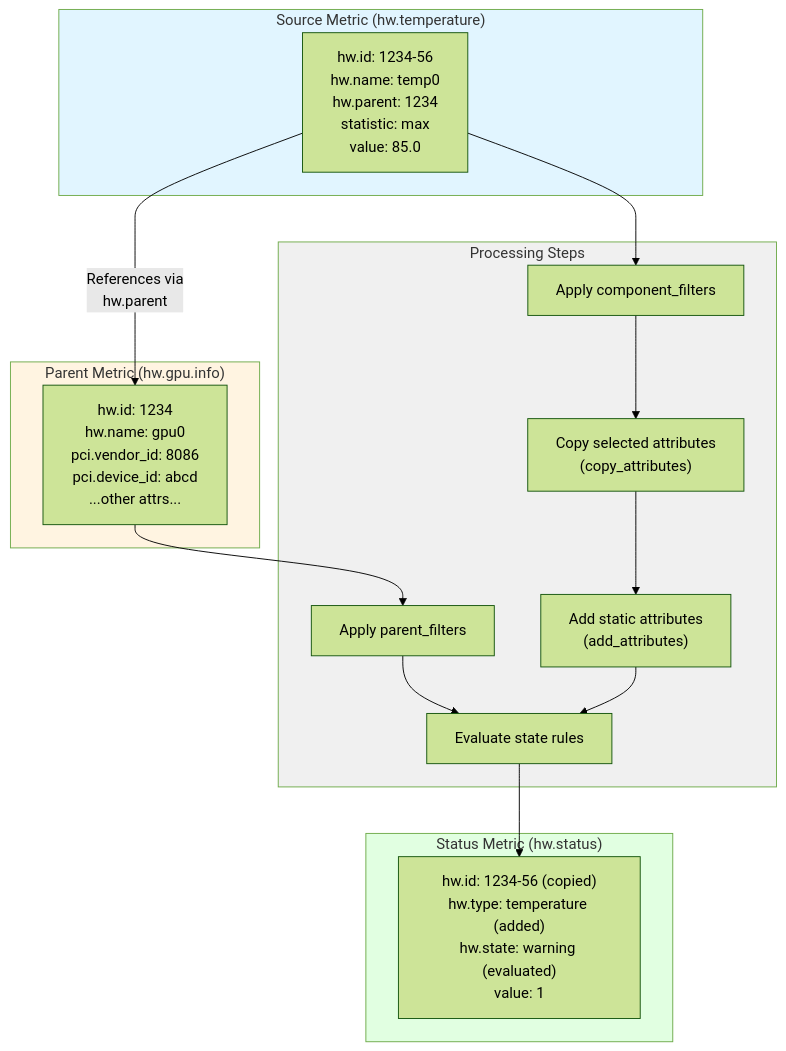
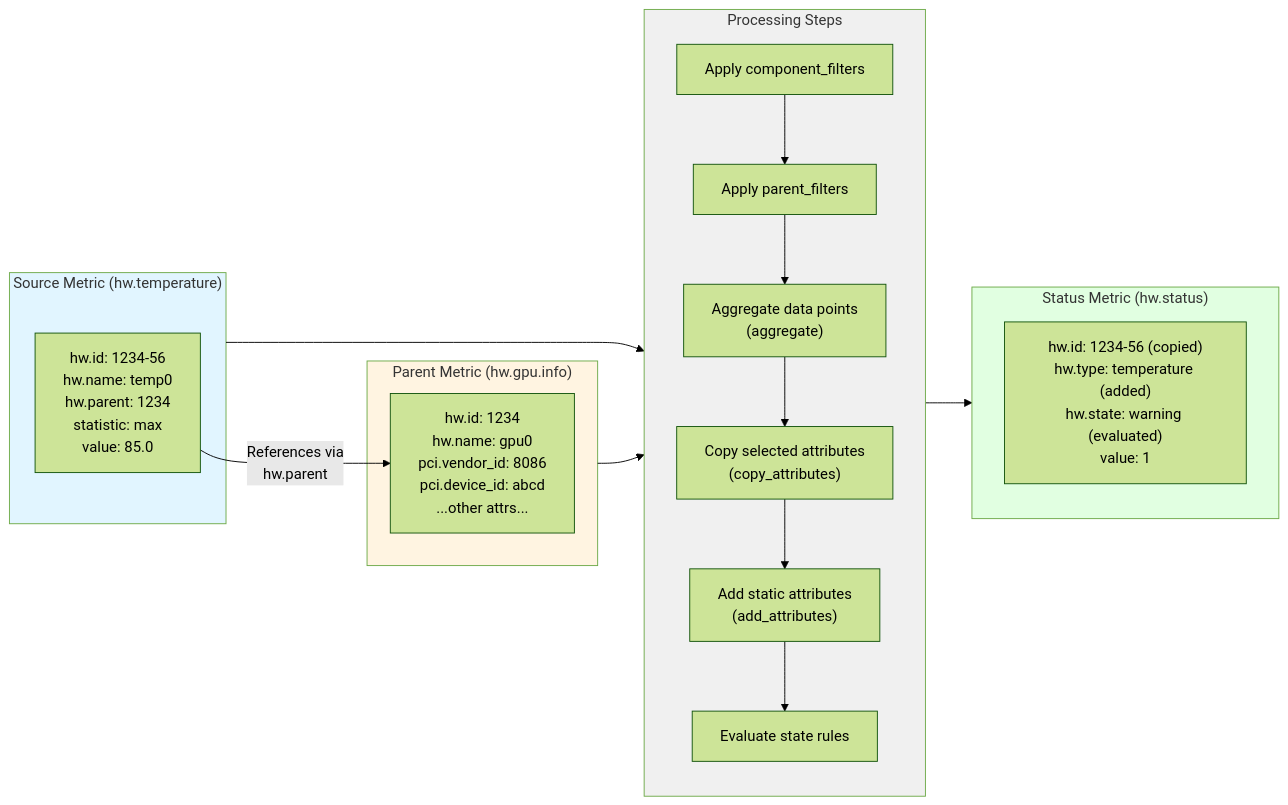
Before and after one commit to intel/xpumanager: the diagram in xpumd/processor/intelxpustatus/README.md, drawn with Mermaid (forest theme). The commit also changed other lines of this file and 4 other files, not shown here.

First line of the commit message:
xpumd/processor/intelxpustatus: support aggregating data points

````diff
--- a/xpumd/processor/intelxpustatus/README.md
+++ b/xpumd/processor/intelxpustatus/README.md
@@ -178,36 +232,35 @@
 ```mermaid
-graph TB
+graph LR
     subgraph SourceMetric["Source Metric (hw.temperature)"]
         S1["hw.id: 1234-56<br/>hw.name: temp0<br/>hw.parent: 1234<br/>statistic: max<br/>value: 85.0"]
     end
 
     subgraph ParentMetric["Parent Metric (hw.gpu.info)"]
         P1["hw.id: 1234<br/>hw.name: gpu0<br/>pci.vendor_id: 8086<br/>pci.device_id: abcd<br/>...other attrs..."]
     end
 
     subgraph Processing["Processing Steps"]
+        direction TB
         F1["Apply component_filters"]
         F2["Apply parent_filters"]
+        FA["Aggregate data points<br/>(aggregate)"]
         F3["Copy selected attributes<br/>(copy_attributes)"]
         F4["Add static attributes<br/>(add_attributes)"]
         F5["Evaluate state rules"]
+        F1 --> F2 --> FA --> F3 --> F4 --> F5
     end
 
     subgraph StatusMetric["Status Metric (hw.status)"]
         O1["hw.id: 1234-56 (copied)<br/>hw.type: temperature (added)<br/>hw.state: warning (evaluated)<br/>value: 1"]
     end
 
     S1 -->|"References via<br/>hw.parent"| P1
-    S1 --> F1
-    P1 --> F2
-    F1 --> F3
-    F2 --> F5
-    F3 --> F4
-    F4 --> F5
-    F5 --> O1
+    SourceMetric --> Processing
+    ParentMetric --> Processing
+    Processing --> StatusMetric
 
     style SourceMetric fill:#e1f5ff
     style ParentMetric fill:#fff4e1
     style Processing fill:#f0f0f0
     style StatusMetric fill:#e1ffe1
 ```
````
